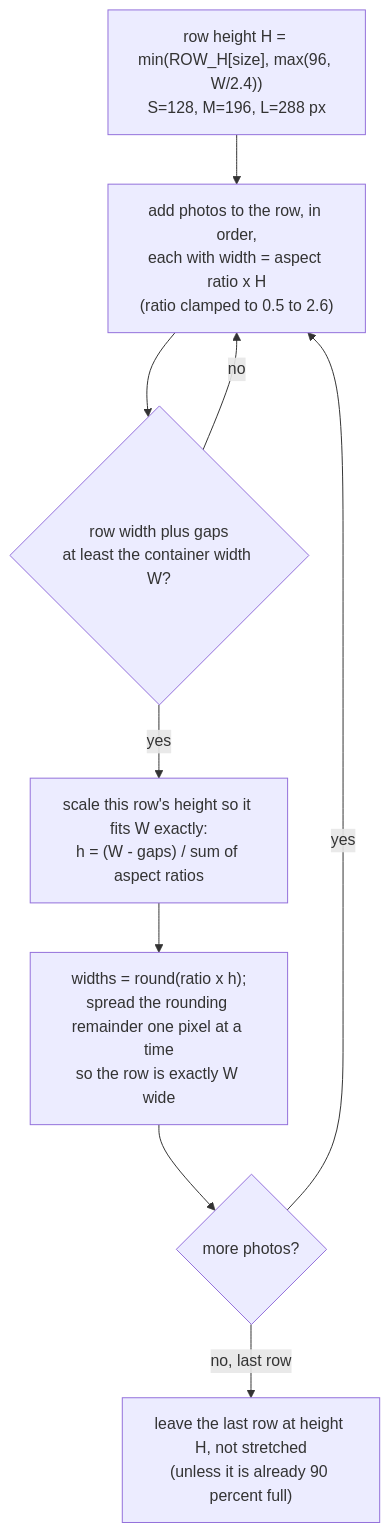
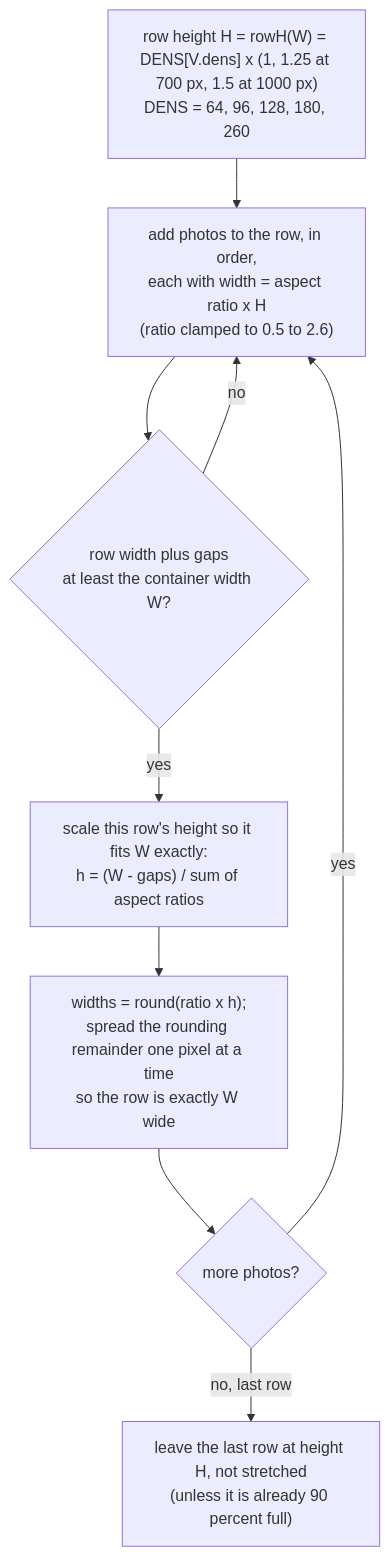
Before and after one commit to jflam/photo-estate: the third of 6 diagrams in docs/book/13-photo-app.md, drawn with Mermaid. The commit also changed other lines of this file, not shown here.

````diff
--- a/docs/book/13-photo-app.md
+++ b/docs/book/13-photo-app.md
@@ -96,11 +135,11 @@
 ```mermaid
 flowchart TD
-    A["row height H = min(ROW_H[size], max(96, W/2.4))<br/>S=128, M=196, L=288 px"] --> B["add photos to the row, in order,<br/>each with width = aspect ratio x H<br/>(ratio clamped to 0.5 to 2.6)"]
+    A["row height H = rowH(W) = DENS[V.dens] x (1, 1.25 at 700 px, 1.5 at 1000 px)<br/>DENS = 64, 96, 128, 180, 260"] --> B["add photos to the row, in order,<br/>each with width = aspect ratio x H<br/>(ratio clamped to 0.5 to 2.6)"]
     B --> C{"row width plus gaps<br/>at least the container width W?"}
     C -->|no| B
     C -->|yes| D["scale this row's height so it fits W exactly:<br/>h = (W - gaps) / sum of aspect ratios"]
     D --> E["widths = round(ratio x h);<br/>spread the rounding remainder one pixel at a time<br/>so the row is exactly W wide"]
     E --> F{"more photos?"}
     F -->|yes| B
     F -->|no, last row| G["leave the last row at height H, not stretched<br/>(unless it is already 90 percent full)"]
 ```
````
